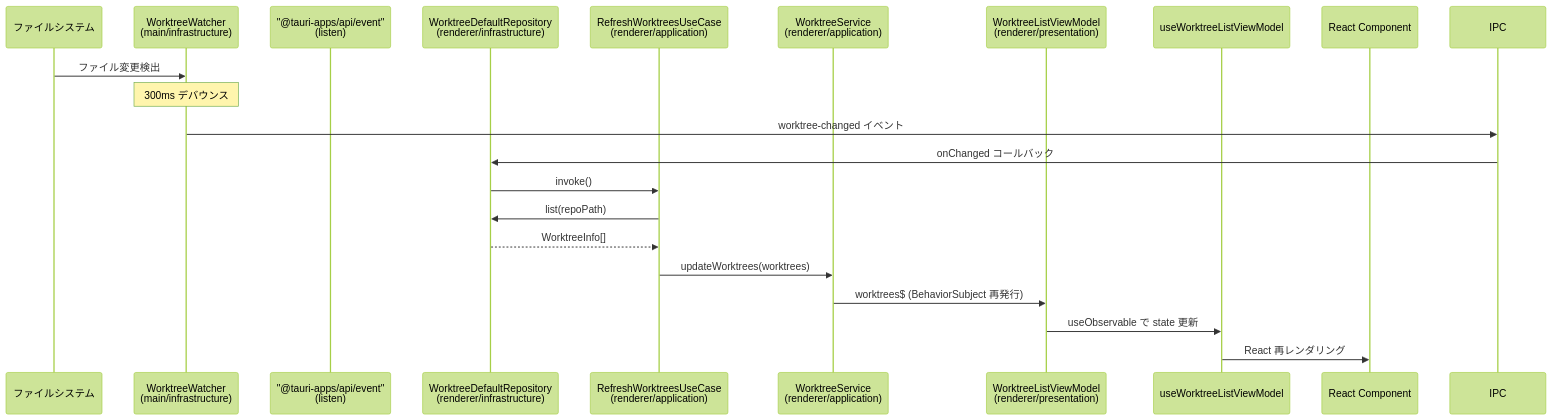
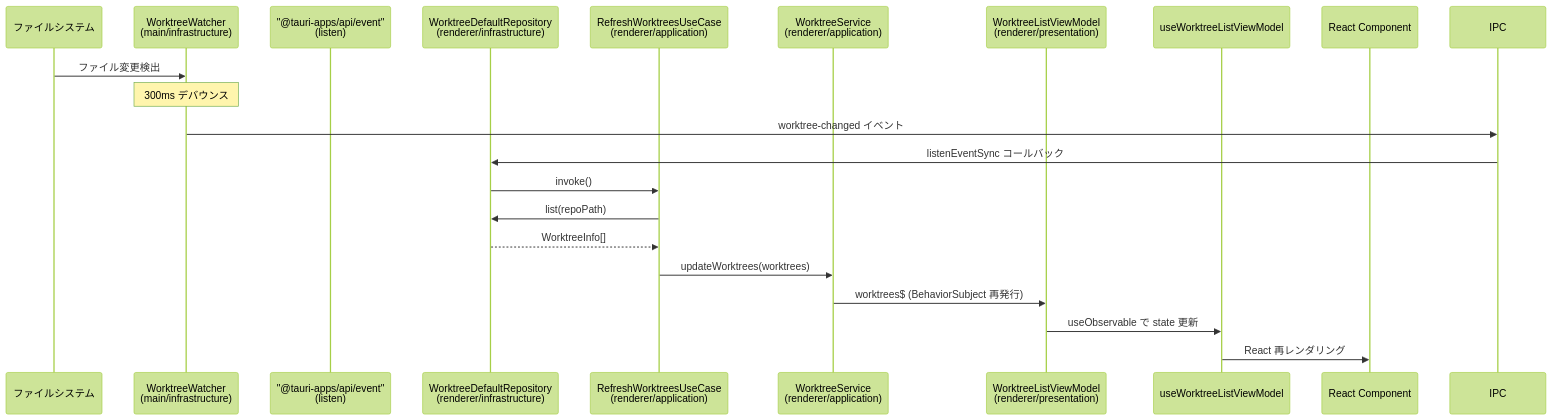
The second of 2 diagrams in .sdd/specification/worktree-management_design.md (ToshikiImagawa/Buruma), drawn with Mermaid (forest theme) before and after one commit. The commit also changed other lines of this file and 24 other files, not shown here.

````diff
--- a/.sdd/specification/worktree-management_design.md
+++ b/.sdd/specification/worktree-management_design.md
@@ -769,24 +771,24 @@
 ```mermaid
 sequenceDiagram
     participant FS as ファイルシステム
     participant Watcher as WorktreeWatcher<br/>(main/infrastructure)
     participant Event as "@tauri-apps/api/event"<br/>(listen)
     participant RepoDefault as WorktreeDefaultRepository<br/>(renderer/infrastructure)
     participant Refresh as RefreshWorktreesUseCase<br/>(renderer/application)
     participant Service as WorktreeService<br/>(renderer/application)
     participant VM as WorktreeListViewModel<br/>(renderer/presentation)
     participant Hook as useWorktreeListViewModel
     participant UI as React Component
 
     FS->>Watcher: ファイル変更検出
     Note over Watcher: 300ms デバウンス
     Watcher->>IPC: worktree-changed イベント
-    IPC->>RepoDefault: onChanged コールバック
+    IPC->>RepoDefault: listenEventSync コールバック
     RepoDefault->>Refresh: invoke()
     Refresh->>RepoDefault: list(repoPath)
     RepoDefault-->>Refresh: WorktreeInfo[]
     Refresh->>Service: updateWorktrees(worktrees)
     Service->>VM: worktrees$ (BehaviorSubject 再発行)
     VM->>Hook: useObservable で state 更新
     Hook->>UI: React 再レンダリング
 ```
````
